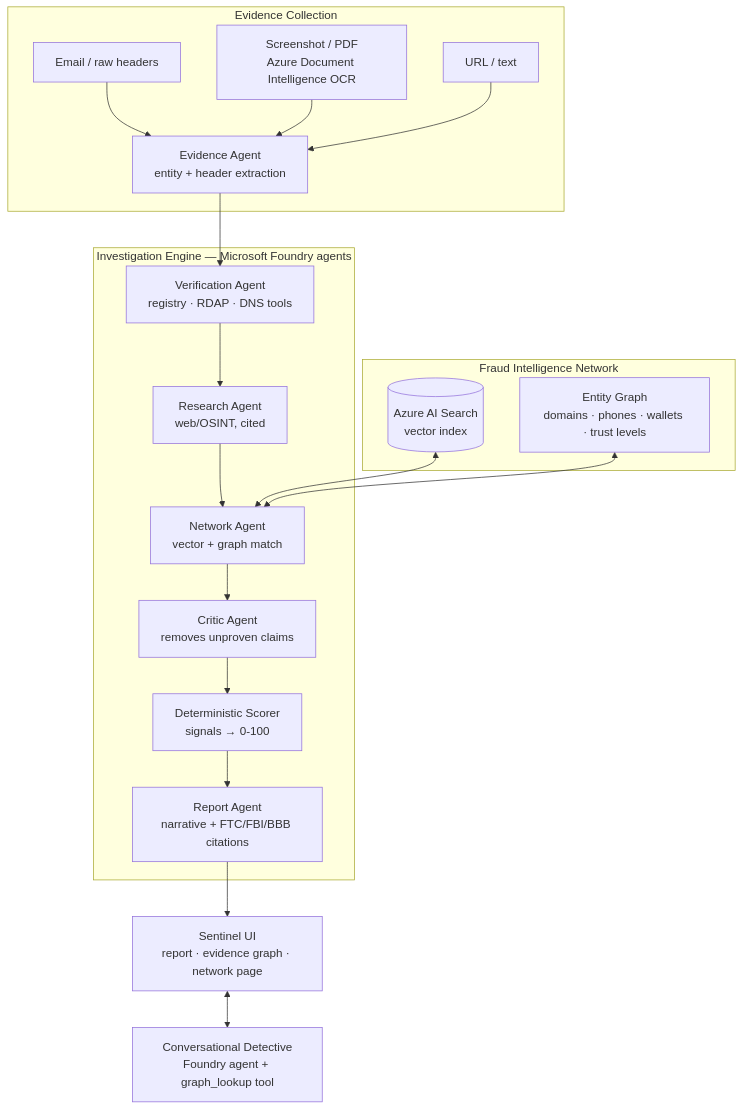
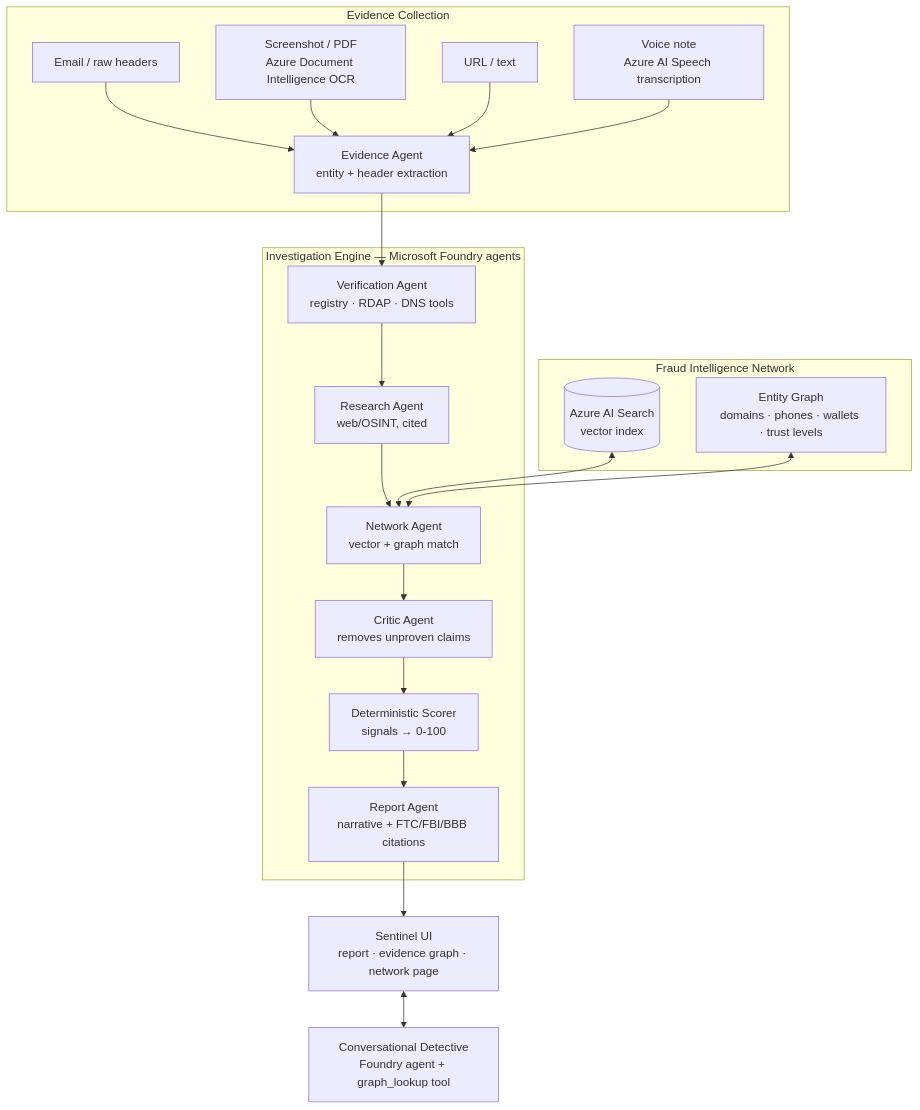
The diagram in README.md (mrlucas679/verify-my-interview), drawn with Mermaid before and after one commit. The commit also changed other lines of this file, not shown here.

First line of the commit message:
README: document the Voice Investigation channel

````diff
--- a/README.md
+++ b/README.md
@@ -35,23 +37,24 @@
 ```mermaid
 flowchart TB
   subgraph Intake["Evidence Collection"]
     A[Email / raw headers] --> P
     B[Screenshot / PDF<br/>Azure Document Intelligence OCR] --> P
     C[URL / text] --> P
+    VN[Voice note<br/>Azure AI Speech transcription] --> P
   end
   P[Evidence Agent<br/>entity + header extraction]
   subgraph Engine["Investigation Engine — Microsoft Foundry agents"]
     P --> V[Verification Agent<br/>registry · RDAP · DNS tools]
     V --> R[Research Agent<br/>web/OSINT, cited]
     R --> N[Network Agent<br/>vector + graph match]
     N --> K[Critic Agent<br/>removes unproven claims]
     K --> S[Deterministic Scorer<br/>signals → 0-100]
     S --> W[Report Agent<br/>narrative + FTC/FBI/BBB citations]
   end
   subgraph Intel["Fraud Intelligence Network"]
     X[(Azure AI Search<br/>vector index)] <--> N
     G[Entity Graph<br/>domains · phones · wallets · trust levels] <--> N
   end
   W --> UI[Sentinel UI<br/>report · evidence graph · network page]
   UI <--> D[Conversational Detective<br/>Foundry agent + graph_lookup tool]
 ```
````
